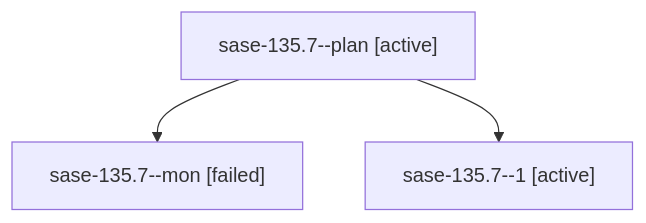
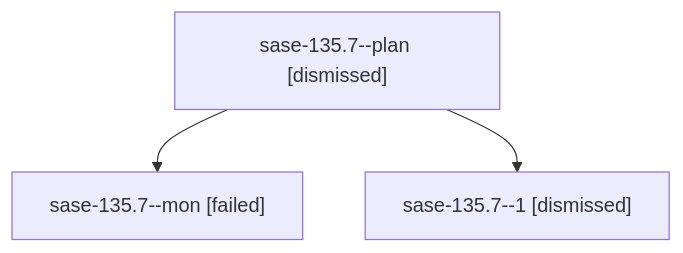
The diagram in sessions/bbugyi200.athena.sase-135.7.md (sase-org/sase--agents), drawn with Mermaid before and after one commit. The commit also changed other lines of this file and 118 other files, not shown here.

````diff
--- a/sessions/bbugyi200.athena.sase-135.7.md
+++ b/sessions/bbugyi200.athena.sase-135.7.md
@@ -9,8 +9,8 @@
 ```mermaid
 flowchart TD
-  n0["sase-135.7--plan [active]"]
+  n0["sase-135.7--plan [dismissed]"]
   n1["sase-135.7--mon [failed]"]
   n0 --> n1
-  n2["sase-135.7--1 [active]"]
+  n2["sase-135.7--1 [dismissed]"]
   n0 --> n2
 ```
````
